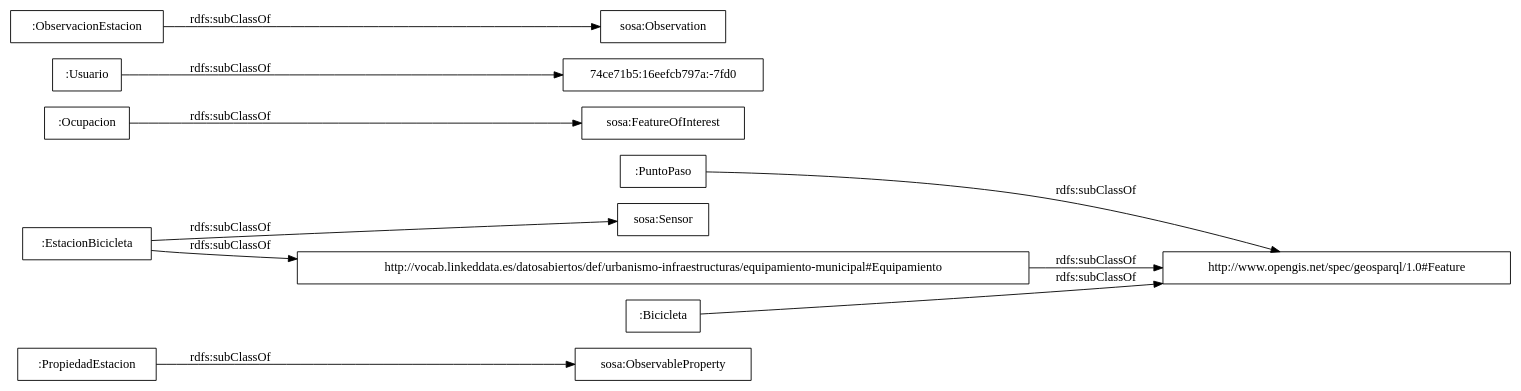
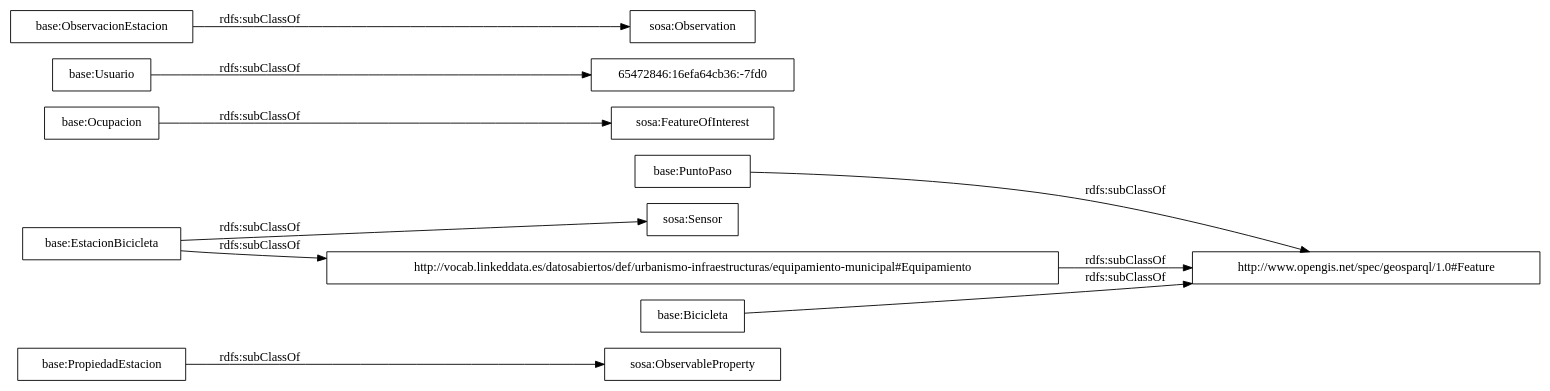
One commit to opencitydata/transporte-bici-datos-publicos changed the diagram in OnToology/Ontology/bicicleta-publica.owl/diagrams/ar2dtool-taxonomy/bicicleta-publica.owl.png.dot. Above: the diagram before and after it, drawn with Graphviz. The commit also changed 15 other files, not shown here.

```diff
--- a/OnToology/Ontology/bicicleta-publica.owl/diagrams/ar2dtool-taxonomy/bicicleta-publica.owl.png.dot
+++ b/OnToology/Ontology/bicicleta-publica.owl/diagrams/ar2dtool-taxonomy/bicicleta-publica.owl.png.dot
@@ -1,15 +1,15 @@
 digraph ar2dtool_diagram { 
 rankdir=LR;
 size="1000"
-node [shape = rectangle, color="black"]; ":PropiedadEstacion" ":PuntoPaso" "sosa:ObservableProperty" "sosa:FeatureOfInterest" ":Usuario" ":Ocupacion" "74ce71b5:16eefcb797a:-7fd0" "sosa:Observation" "sosa:Sensor" "http://vocab.linkeddata.es/datosabiertos/def/urbanismo-infraestructuras/equipamiento-municipal#Equipamiento" ":EstacionBicicleta" ":ObservacionEstacion" ":Bicicleta" "http://www.opengis.net/spec/geosparql/1.0#Feature" ; /*classes style*/
+node [shape = rectangle, color="black"]; "base:PropiedadEstacion" "base:PuntoPaso" "sosa:ObservableProperty" "sosa:FeatureOfInterest" "base:Usuario" "base:Ocupacion" "sosa:Observation" "65472846:16efa64cb36:-7fd0" "sosa:Sensor" "http://vocab.linkeddata.es/datosabiertos/def/urbanismo-infraestructuras/equipamiento-municipal#Equipamiento" "base:EstacionBicicleta" "base:ObservacionEstacion" "base:Bicicleta" "http://www.opengis.net/spec/geosparql/1.0#Feature" ; /*classes style*/
 	"http://vocab.linkeddata.es/datosabiertos/def/urbanismo-infraestructuras/equipamiento-municipal#Equipamiento" -> "http://www.opengis.net/spec/geosparql/1.0#Feature" [ label = "rdfs:subClassOf" ];
-	":EstacionBicicleta" -> "http://vocab.linkeddata.es/datosabiertos/def/urbanismo-infraestructuras/equipamiento-municipal#Equipamiento" [ label = "rdfs:subClassOf" ];
-	":EstacionBicicleta" -> "sosa:Sensor" [ label = "rdfs:subClassOf" ];
-	":Usuario" -> "74ce71b5:16eefcb797a:-7fd0" [ label = "rdfs:subClassOf" ];
-	":Bicicleta" -> "http://www.opengis.net/spec/geosparql/1.0#Feature" [ label = "rdfs:subClassOf" ];
-	":PuntoPaso" -> "http://www.opengis.net/spec/geosparql/1.0#Feature" [ label = "rdfs:subClassOf" ];
-	":Ocupacion" -> "sosa:FeatureOfInterest" [ label = "rdfs:subClassOf" ];
-	":PropiedadEstacion" -> "sosa:ObservableProperty" [ label = "rdfs:subClassOf" ];
-	":ObservacionEstacion" -> "sosa:Observation" [ label = "rdfs:subClassOf" ];
+	"base:EstacionBicicleta" -> "http://vocab.linkeddata.es/datosabiertos/def/urbanismo-infraestructuras/equipamiento-municipal#Equipamiento" [ label = "rdfs:subClassOf" ];
+	"base:EstacionBicicleta" -> "sosa:Sensor" [ label = "rdfs:subClassOf" ];
+	"base:Usuario" -> "65472846:16efa64cb36:-7fd0" [ label = "rdfs:subClassOf" ];
+	"base:Bicicleta" -> "http://www.opengis.net/spec/geosparql/1.0#Feature" [ label = "rdfs:subClassOf" ];
+	"base:PuntoPaso" -> "http://www.opengis.net/spec/geosparql/1.0#Feature" [ label = "rdfs:subClassOf" ];
+	"base:Ocupacion" -> "sosa:FeatureOfInterest" [ label = "rdfs:subClassOf" ];
+	"base:PropiedadEstacion" -> "sosa:ObservableProperty" [ label = "rdfs:subClassOf" ];
+	"base:ObservacionEstacion" -> "sosa:Observation" [ label = "rdfs:subClassOf" ];
 
 }
```
